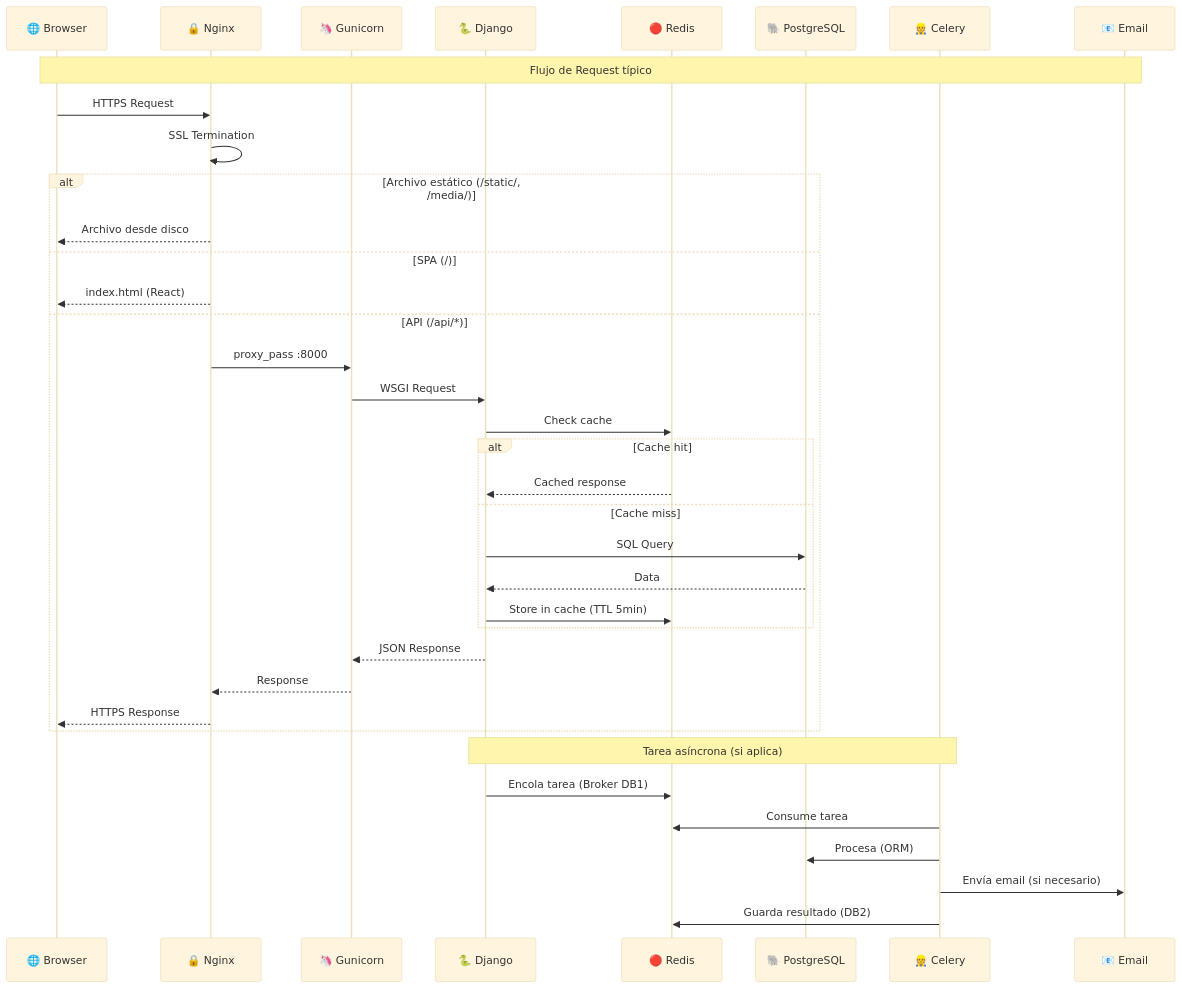
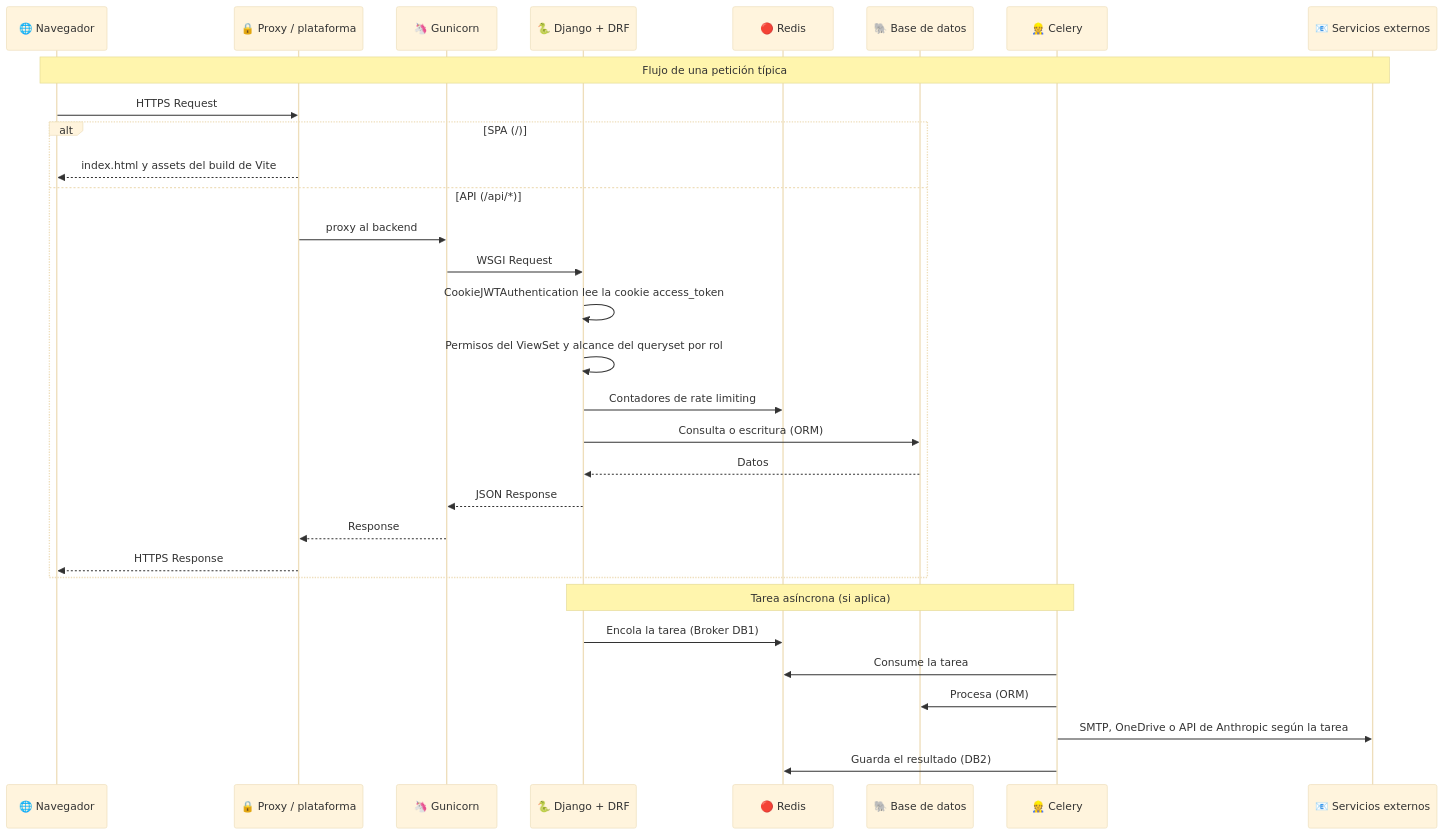
Before and after one commit to pccpegit/SYSPCCLOG: the fourth of 10 diagrams in docs/02_Arquitectura_Alto_Nivel.md, drawn with Mermaid (base theme). The commit also changed other lines of this file and 42 other files, not shown here.

````diff
--- a/docs/02_Arquitectura_Alto_Nivel.md
+++ b/docs/02_Arquitectura_Alto_Nivel.md
@@ -187,43 +225,36 @@
 ```mermaid
 sequenceDiagram
-    participant B as 🌐 Browser
-    participant N as 🔒 Nginx
+    participant B as 🌐 Navegador
+    participant P as 🔒 Proxy / plataforma
     participant G as 🦄 Gunicorn
-    participant D as 🐍 Django
+    participant D as 🐍 Django + DRF
     participant R as 🔴 Redis
-    participant P as 🐘 PostgreSQL
+    participant DB as 🐘 Base de datos
     participant C as 👷 Celery
-    participant E as 📧 Email
+    participant E as 📧 Servicios externos
 
-    Note over B,E: Flujo de Request típico
+    Note over B,E: Flujo de una petición típica
 
-    B->>N: HTTPS Request
-    N->>N: SSL Termination
-
-    alt Archivo estático (/static/, /media/)
-        N-->>B: Archivo desde disco
-    else SPA (/)
-        N-->>B: index.html (React)
+    B->>P: HTTPS Request
+    alt SPA (/)
+        P-->>B: index.html y assets del build de Vite
     else API (/api/*)
-        N->>G: proxy_pass :8000
+        P->>G: proxy al backend
         G->>D: WSGI Request
-        D->>R: Check cache
-        alt Cache hit
-            R-->>D: Cached response
-        else Cache miss
-            D->>P: SQL Query
-            P-->>D: Data
-            D->>R: Store in cache (TTL 5min)
-        end
+        D->>D: CookieJWTAuthentication lee la cookie access_token
+        D->>D: Permisos del ViewSet y alcance del queryset por rol
+        D->>R: Contadores de rate limiting
+        D->>DB: Consulta o escritura (ORM)
+        DB-->>D: Datos
         D-->>G: JSON Response
-        G-->>N: Response
-        N-->>B: HTTPS Response
+        G-->>P: Response
+        P-->>B: HTTPS Response
     end
 
     Note over D,C: Tarea asíncrona (si aplica)
-    D->>R: Encola tarea (Broker DB1)
-    C->>R: Consume tarea
-    C->>P: Procesa (ORM)
-    C->>E: Envía email (si necesario)
-    C->>R: Guarda resultado (DB2)
+    D->>R: Encola la tarea (Broker DB1)
+    C->>R: Consume la tarea
+    C->>DB: Procesa (ORM)
+    C->>E: SMTP, OneDrive o API de Anthropic según la tarea
+    C->>R: Guarda el resultado (DB2)
 ```
````
